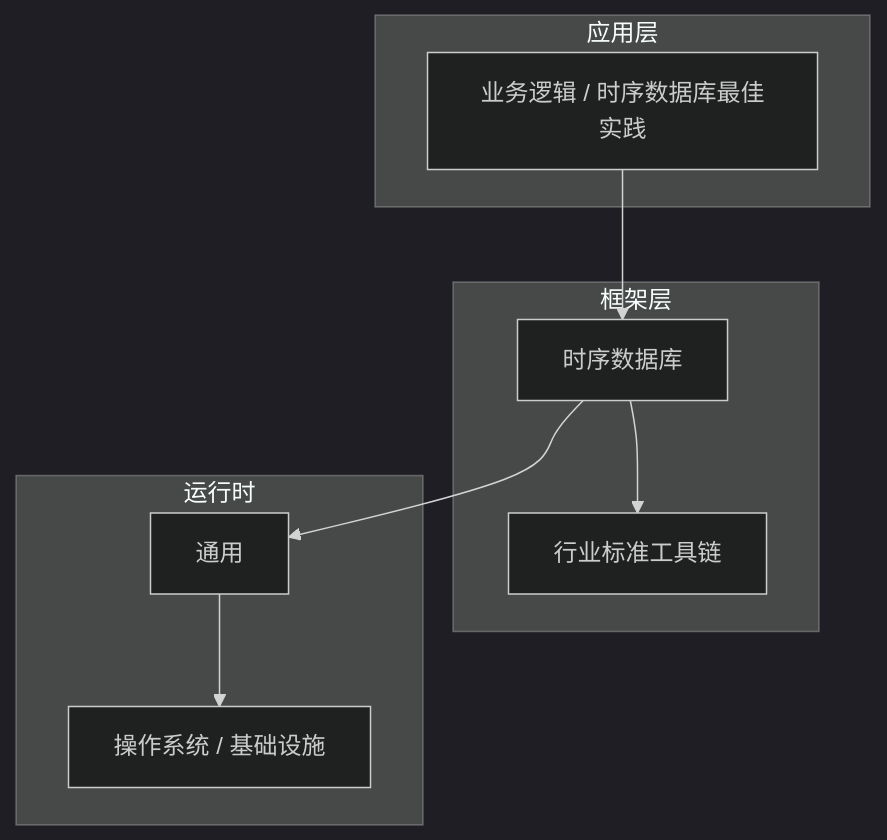
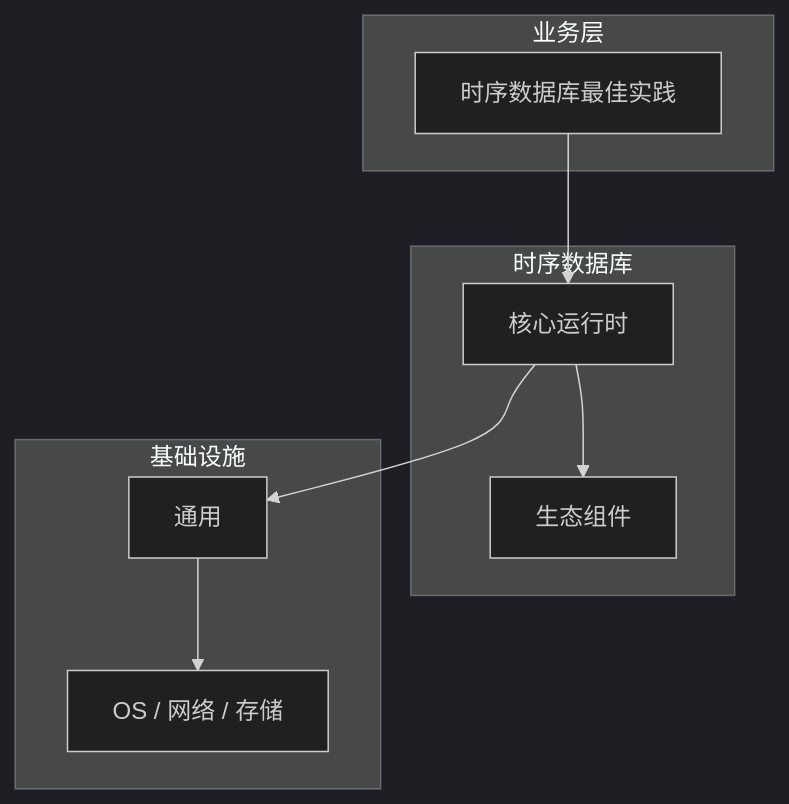
One commit to yanggan2015/knowledge-json-v2 changed the diagram in articles/时序数据库/chapters/056-时序数据库最佳实践核心概念与原理.md. Above: the diagram before and after it, drawn with Mermaid (dark theme). The commit also changed other lines of this file and 10127 other files, not shown here.

````diff
--- a/articles/时序数据库/chapters/056-时序数据库最佳实践核心概念与原理.md
+++ b/articles/时序数据库/chapters/056-时序数据库最佳实践核心概念与原理.md
@@ -45,18 +34,18 @@
 ```mermaid
 graph TB
-    subgraph 应用层
-        A[业务逻辑 / 时序数据库最佳实践]
+    subgraph 业务层
+        A[时序数据库最佳实践]
     end
-    subgraph 框架层
-        B[时序数据库]
-        C[行业标准工具链]
+    subgraph 时序数据库
+        B[核心运行时]
+        C[生态组件]
     end
-    subgraph 运行时
+    subgraph 基础设施
         D[通用]
-        E[操作系统 / 基础设施]
+        E[OS / 网络 / 存储]
     end
     A --> B
     B --> C
     B --> D
     D --> E
 ```
````
